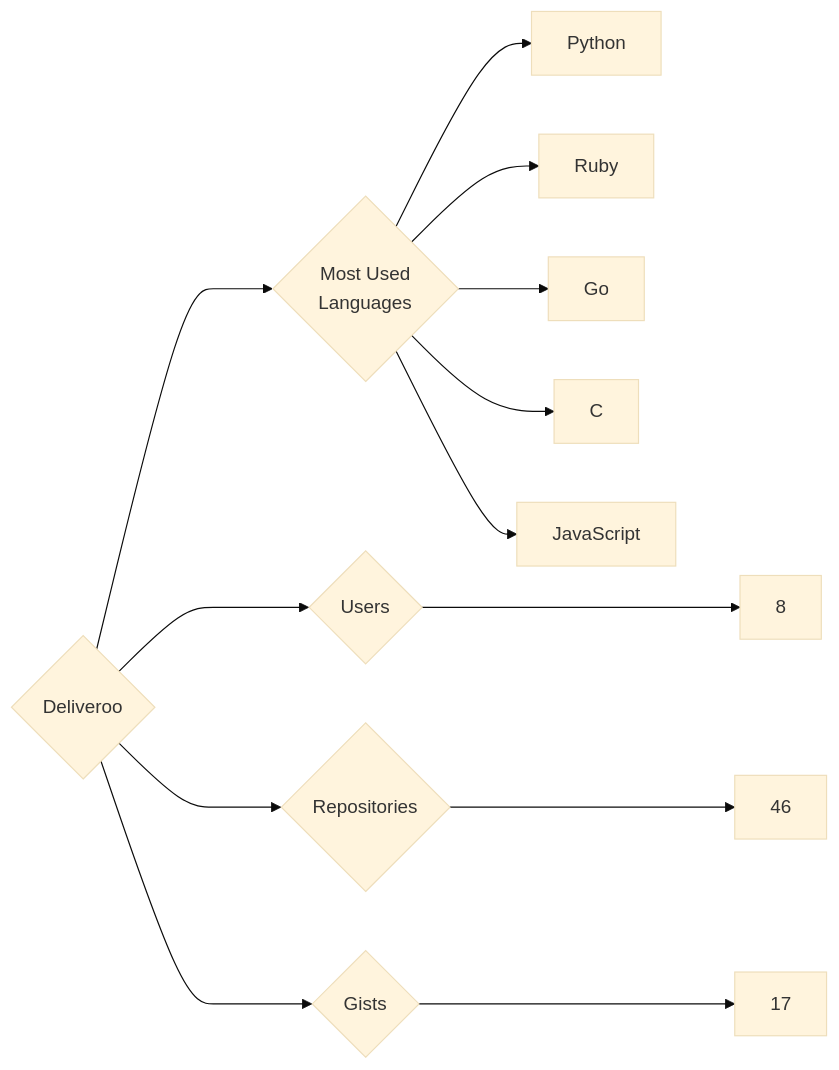
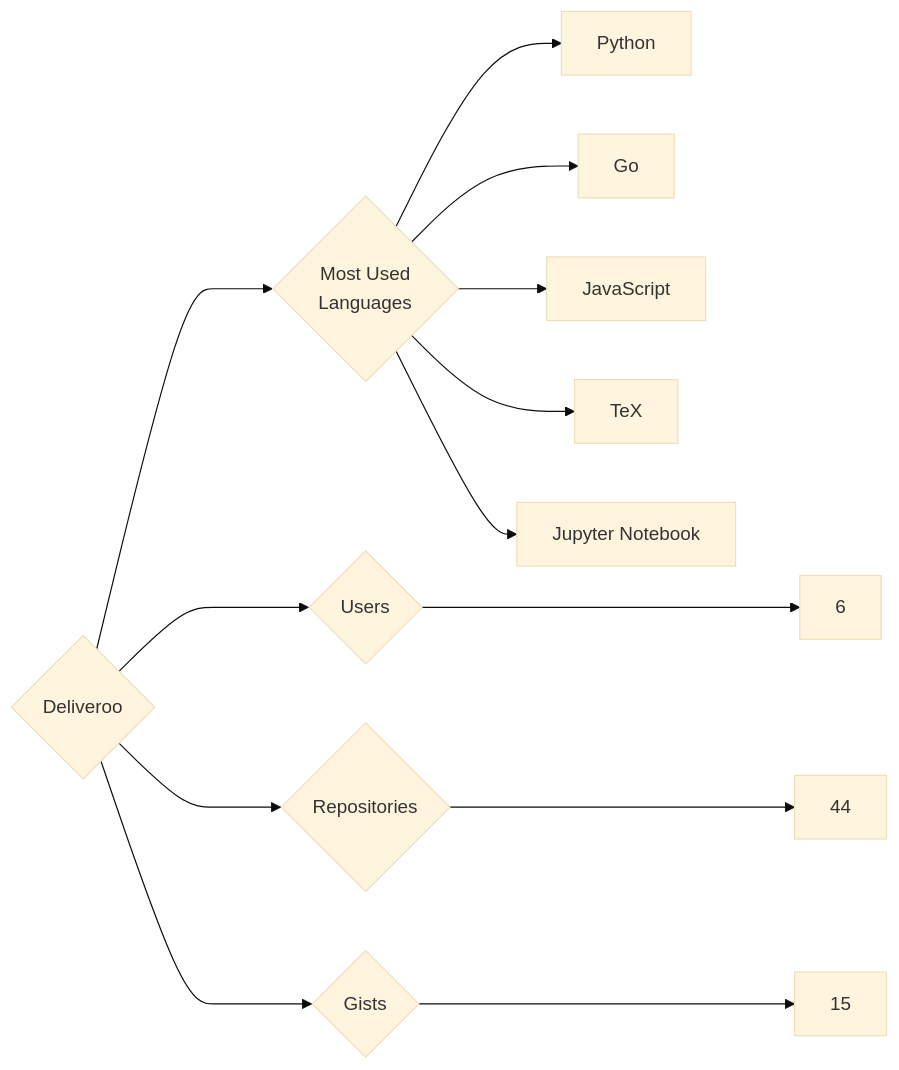
Before and after one commit to trickest/insiders: the diagram in targets/Deliveroo/README.md, drawn with Mermaid (base theme). The commit also changed 933 other files, not shown here.

````diff
--- a/targets/Deliveroo/README.md
+++ b/targets/Deliveroo/README.md
@@ -3,13 +3,13 @@
 ```mermaid
 graph LR
 COMPANY_NAME{Deliveroo}
-COMPANY_NAME ---> U{Users} ---> UN[8]
-COMPANY_NAME ---> R{Repositories} ---> RN[46]
-COMPANY_NAME ---> G{Gists} ---> GN[17]
+COMPANY_NAME ---> U{Users} ---> UN[6]
+COMPANY_NAME ---> R{Repositories} ---> RN[44]
+COMPANY_NAME ---> G{Gists} ---> GN[15]
 COMPANY_NAME ---> ML{Most Used<br>Languages}
 ML --> Python[Python]
-ML --> Ruby[Ruby]
 ML --> Go[Go]
-ML --> C[C]
 ML --> JavaScript[JavaScript]
+ML --> TeX[TeX]
+ML --> Jupyter_Notebook[Jupyter Notebook]
 ```
````
